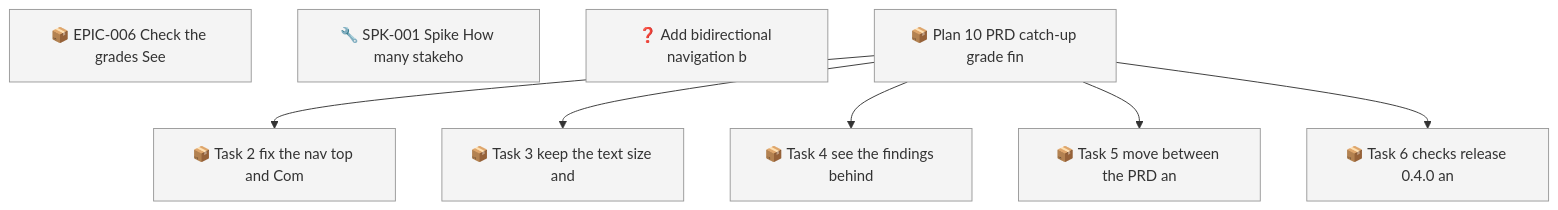
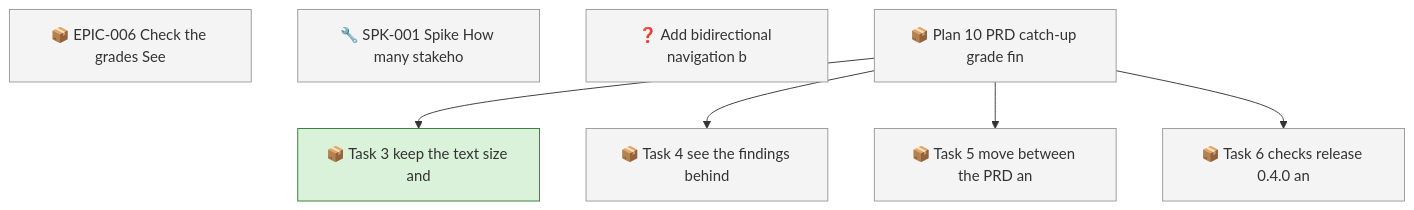
Before and after one commit to SpillwaveSolutions/prd-forge-viewer: the first of 2 diagrams in docs/roadmap.md, drawn with Mermaid. The commit also changed other lines of this file and 11 other files, not shown here.

````diff
--- a/docs/roadmap.md
+++ b/docs/roadmap.md
@@ -69,19 +63,19 @@
 ```mermaid
 graph TD
     01M61XNM7GHPSJ1B96BCHA59ZE["📦 EPIC-006 Check the grades See"]
     01M61XNM9NY7F4D4V7400J56X9["🔧 SPK-001 Spike How many stakeho"]
     01M67NFZH5C1HWH4SBC22ZVXMS["❓ Add bidirectional navigation b"]
     01M67NH4X4JGDJB233B670SJFF["📦 Plan 10 PRD catch-up grade fin"]
-    01M67NH4XPWE52APES54MYFEV4["📦 Task 2 fix the nav top and Com"]
     01M67NH4XPWE52APES54MYFEV6["📦 Task 3 keep the text size and"]
     01M67NH4XPWE52APES54MYFEV8["📦 Task 4 see the findings behind"]
     01M67NH4XPWE52APES54MYFEVA["📦 Task 5 move between the PRD an"]
     01M67NH4XPWE52APES54MYFEVC["📦 Task 6 checks release 0.4.0 an"]
-    01M67NH4X4JGDJB233B670SJFF --> 01M67NH4XPWE52APES54MYFEV4
     01M67NH4X4JGDJB233B670SJFF --> 01M67NH4XPWE52APES54MYFEV6
     01M67NH4X4JGDJB233B670SJFF --> 01M67NH4XPWE52APES54MYFEV8
     01M67NH4X4JGDJB233B670SJFF --> 01M67NH4XPWE52APES54MYFEVA
     01M67NH4X4JGDJB233B670SJFF --> 01M67NH4XPWE52APES54MYFEVC
     classDef todo fill:#f4f4f4,stroke:#999999
-    class 01M61XNM7GHPSJ1B96BCHA59ZE,01M61XNM9NY7F4D4V7400J56X9,01M67NFZH5C1HWH4SBC22ZVXMS,01M67NH4X4JGDJB233B670SJFF,01M67NH4XPWE52APES54MYFEV4,01M67NH4XPWE52APES54MYFEV6,01M67NH4XPWE52APES54MYFEV8,01M67NH4XPWE52APES54MYFEVA,01M67NH4XPWE52APES54MYFEVC todo
+    class 01M61XNM7GHPSJ1B96BCHA59ZE,01M61XNM9NY7F4D4V7400J56X9,01M67NFZH5C1HWH4SBC22ZVXMS,01M67NH4X4JGDJB233B670SJFF,01M67NH4XPWE52APES54MYFEV8,01M67NH4XPWE52APES54MYFEVA,01M67NH4XPWE52APES54MYFEVC todo
+    classDef in_progress fill:#d9f2d9,stroke:#2e7d32
+    class 01M67NH4XPWE52APES54MYFEV6 in_progress
 ```
````
